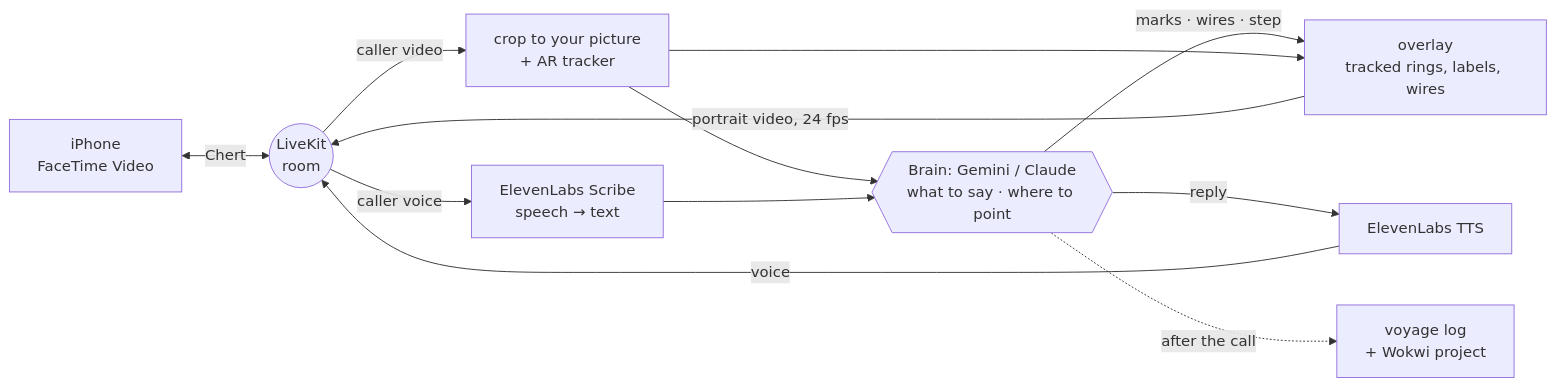
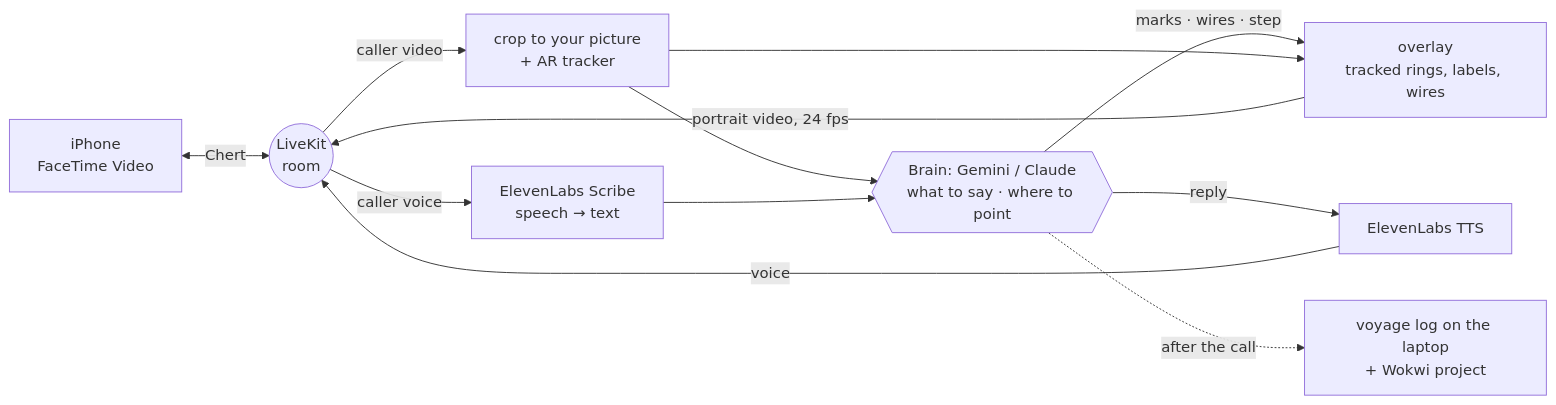
One commit to hippoFan/mentor changed the diagram in README.md. Above: the diagram before and after it, drawn with Mermaid. The commit also changed other lines of this file, not shown here.

Commit message:
README: current scope (3D build, take-apart, Forge schematics); drop texted voyage log

````diff
--- a/README.md
+++ b/README.md
@@ -110,13 +111,13 @@
 ```mermaid
 flowchart LR
     P["iPhone<br/>FaceTime Video"] <-->|Chert| R(("LiveKit<br/>room"))
     R -->|caller video| C["crop to your picture<br/>+ AR tracker"]
     R -->|caller voice| S["ElevenLabs Scribe<br/>speech → text"]
     C --> B{{"Brain: Gemini / Claude<br/>what to say · where to point"}}
     S --> B
     B -->|marks · wires · step| O["overlay<br/>tracked rings, labels, wires"]
     C --> O
     O -->|portrait video, 24 fps| R
     B -->|reply| T["ElevenLabs TTS"] -->|voice| R
-    B -.->|after the call| X["voyage log<br/>+ Wokwi project"]
+    B -.->|after the call| X["voyage log on the laptop<br/>+ Wokwi project"]
 ```
````
